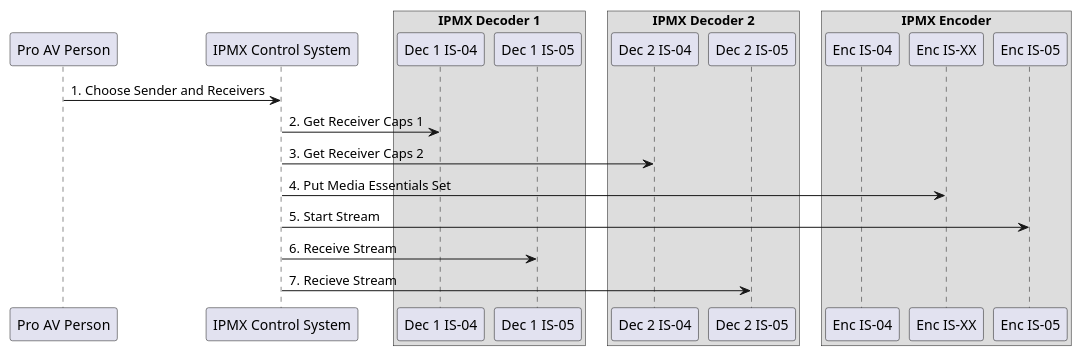
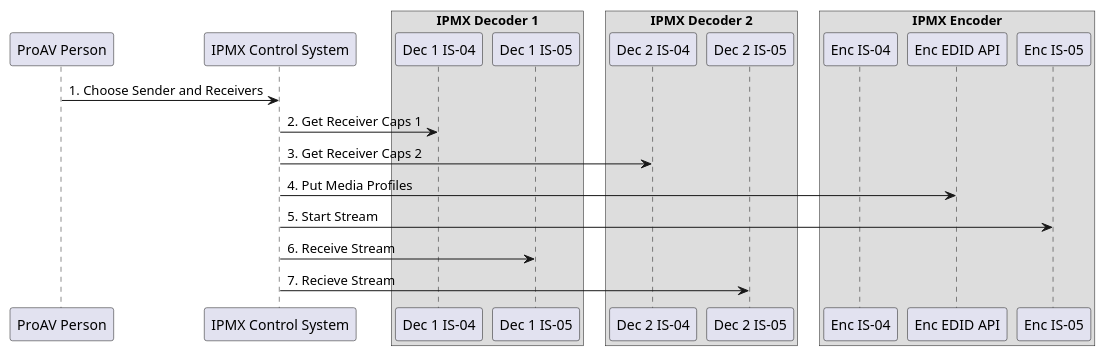
Before and after one commit to AMWA-TV/bcp-005-01: the diagram in docs/images/puml/connection_management_sequence.puml, drawn with PlantUML. The commit also changed 41 other files, not shown here.

First line of the commit message:
EDID Processing API and proofreading (#37)

```diff
--- a/docs/images/puml/connection_management_sequence.puml
+++ b/docs/images/puml/connection_management_sequence.puml
@@ -1,27 +1,27 @@
 @startuml
 skinparam BoxPadding 10
 
-participant "Pro AV Person"
+participant "ProAV Person"
 participant "IPMX Control System"
 box "IPMX Decoder 1"
 participant "Dec 1 IS-04"
 participant "Dec 1 IS-05"
 end box
 box "IPMX Decoder 2"
 participant "Dec 2 IS-04"
 participant "Dec 2 IS-05"
 end box
 box "IPMX Encoder"
 participant "Enc IS-04"
-participant "Enc IS-XX"
+participant "Enc EDID API"
 participant "Enc IS-05"
 end box
 
-"Pro AV Person" -> "IPMX Control System": 1. Choose Sender and Receivers
+"ProAV Person" -> "IPMX Control System": 1. Choose Sender and Receivers
 "IPMX Control System" -> "Dec 1 IS-04": 2. Get Receiver Caps 1
 "IPMX Control System" -> "Dec 2 IS-04": 3. Get Receiver Caps 2
-"IPMX Control System" -> "Enc IS-XX": 4. Put Media Essentials Set
+"IPMX Control System" -> "Enc EDID API": 4. Put Media Profiles
 "IPMX Control System" -> "Enc IS-05": 5. Start Stream
 "IPMX Control System" -> "Dec 1 IS-05": 6. Receive Stream
 "IPMX Control System" -> "Dec 2 IS-05": 7. Recieve Stream
 @enduml
```
